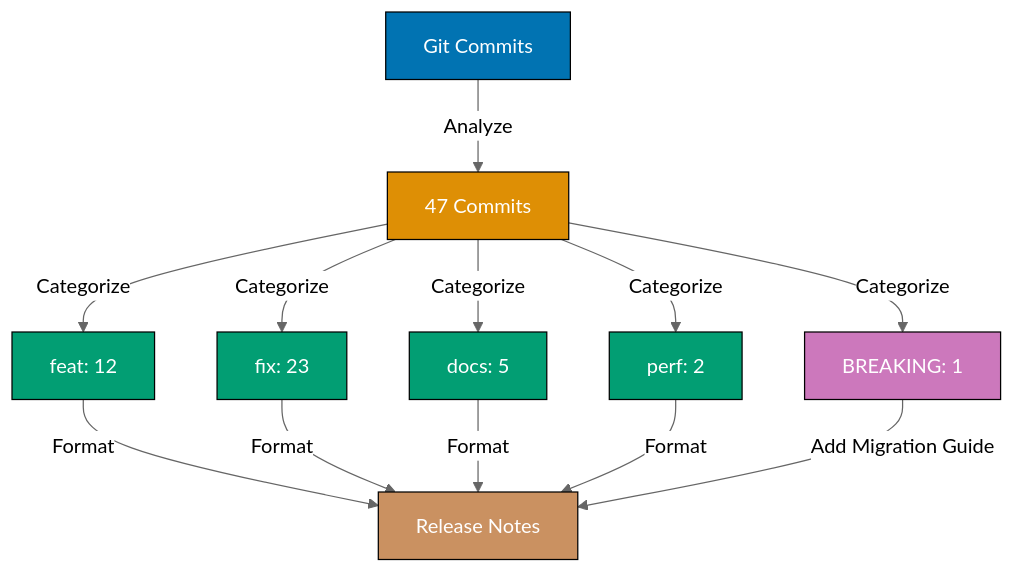
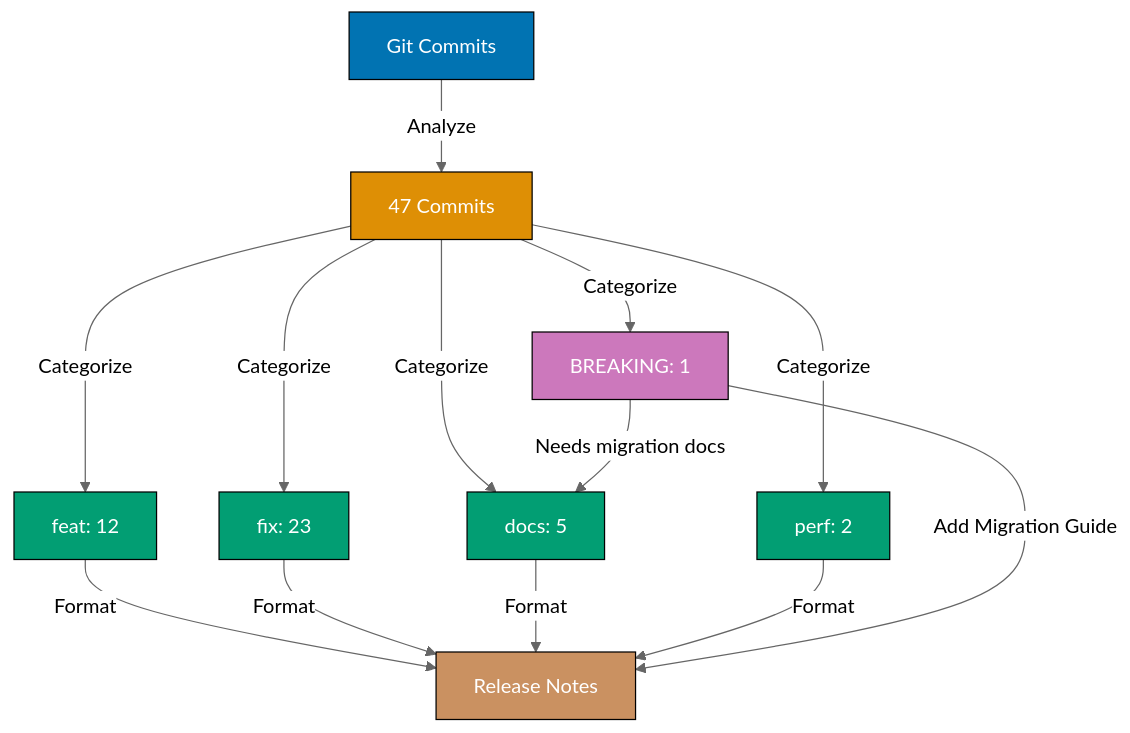
One commit to wahidyankf/baseerah changed diagram 13 of 14 in apps/ayokoding-www/content/en/learn/artificial-intelligence/tools/claude-code/by-example/advanced.md. Above: the diagram before and after it, drawn with Mermaid (neutral theme). The commit also changed other lines of this file and 88 other files, not shown here.

First line of the commit message:
fix(ayokoding-www): resolve pre-existing Mermaid violations, exclude fixtures/plans-done

````diff
--- a/apps/ayokoding-www/content/en/learn/artificial-intelligence/tools/claude-code/by-example/advanced.md
+++ b/apps/ayokoding-www/content/en/learn/artificial-intelligence/tools/claude-code/by-example/advanced.md
@@ -1430,23 +1431,24 @@
 ```mermaid
 graph TD
     A[Git Commits] -->|Analyze| B[47 Commits]
     B -->|Categorize| C[feat: 12]
     B -->|Categorize| D[fix: 23]
     B -->|Categorize| E[docs: 5]
     B -->|Categorize| F[perf: 2]
     B -->|Categorize| G[BREAKING: 1]
+    G -->|Needs migration docs| E
     C -->|Format| H[Release Notes]
     D -->|Format| H
     E -->|Format| H
     F -->|Format| H
     G -->|Add Migration Guide| H
 
     style A fill:#0173B2,stroke:#000,color:#fff
     style B fill:#DE8F05,stroke:#000,color:#fff
     style C fill:#029E73,stroke:#000,color:#fff
     style D fill:#029E73,stroke:#000,color:#fff
     style E fill:#029E73,stroke:#000,color:#fff
     style F fill:#029E73,stroke:#000,color:#fff
     style G fill:#CC78BC,stroke:#000,color:#fff
     style H fill:#CA9161,stroke:#000,color:#fff
 ```
````
